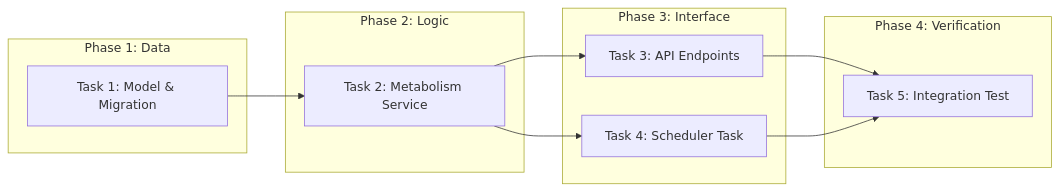
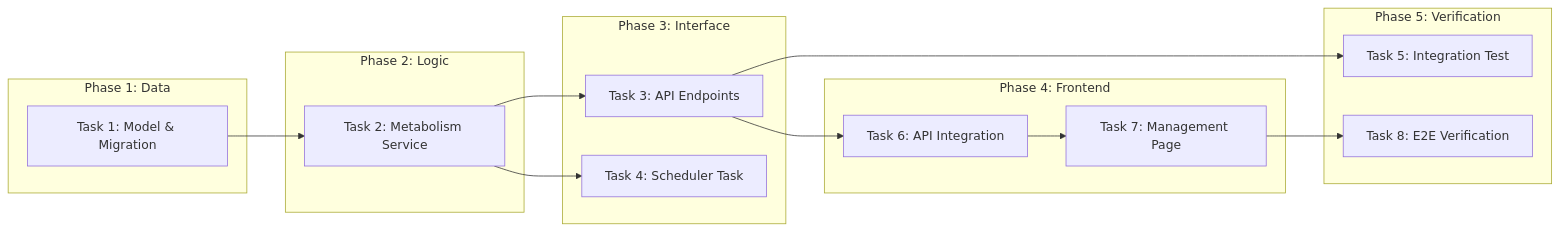
One commit to demo112/knowledge_Live_radar changed the diagram in docs/features/content-metabolism/tasks.md. Above: the diagram before and after it, drawn with Mermaid. The commit also changed other lines of this file and 1 other file, not shown here.

````diff
--- a/docs/features/content-metabolism/tasks.md
+++ b/docs/features/content-metabolism/tasks.md
@@ -13,22 +13,29 @@
 ```mermaid
 graph LR
   subgraph Phase 1: Data
     T1[Task 1: Model & Migration]
   end
   subgraph Phase 2: Logic
     T2[Task 2: Metabolism Service]
   end
   subgraph Phase 3: Interface
     T3[Task 3: API Endpoints]
     T4[Task 4: Scheduler Task]
   end
-  subgraph Phase 4: Verification
+  subgraph Phase 4: Frontend
+    T6[Task 6: API Integration]
+    T7[Task 7: Management Page]
+  end
+  subgraph Phase 5: Verification
     T5[Task 5: Integration Test]
+    T8[Task 8: E2E Verification]
   end
 
   T1 --> T2
   T2 --> T3
   T2 --> T4
   T3 --> T5
-  T4 --> T5
+  T3 --> T6
+  T6 --> T7
+  T7 --> T8
 ```
````
